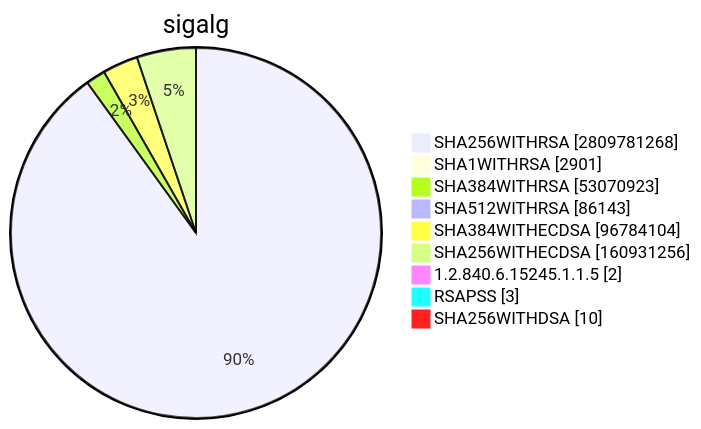
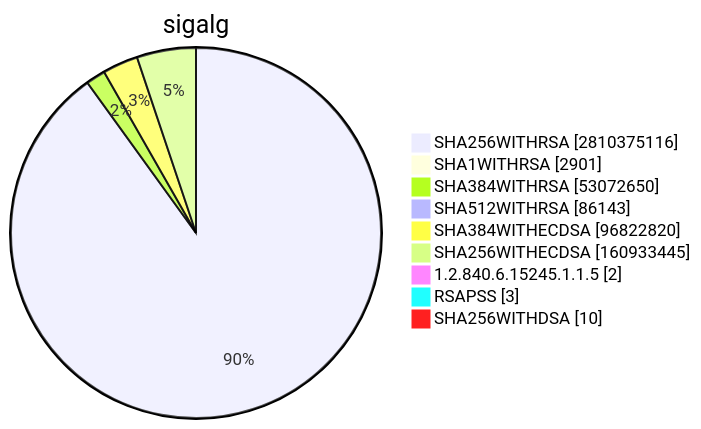
Before and after one commit to christiankrug/ctmonitor_visualization: diagram 15 of 15 in TOTAL/README.md, drawn with Mermaid. The commit also changed other lines of this file, not shown here.

````diff
--- a/TOTAL/README.md
+++ b/TOTAL/README.md
@@ -6207,13 +6207,13 @@
 ```mermaid
 pie showData
 title sigalg
-"SHA256WITHRSA" :2809781268
+"SHA256WITHRSA" :2810375116
 "SHA1WITHRSA" :2901
-"SHA384WITHRSA" :53070923
+"SHA384WITHRSA" :53072650
 "SHA512WITHRSA" :86143
-"SHA384WITHECDSA" :96784104
-"SHA256WITHECDSA" :160931256
+"SHA384WITHECDSA" :96822820
+"SHA256WITHECDSA" :160933445
 "1.2.840.6.15245.1.1.5" :2
 "RSAPSS" :3
 "SHA256WITHDSA" :10
 ```
````
